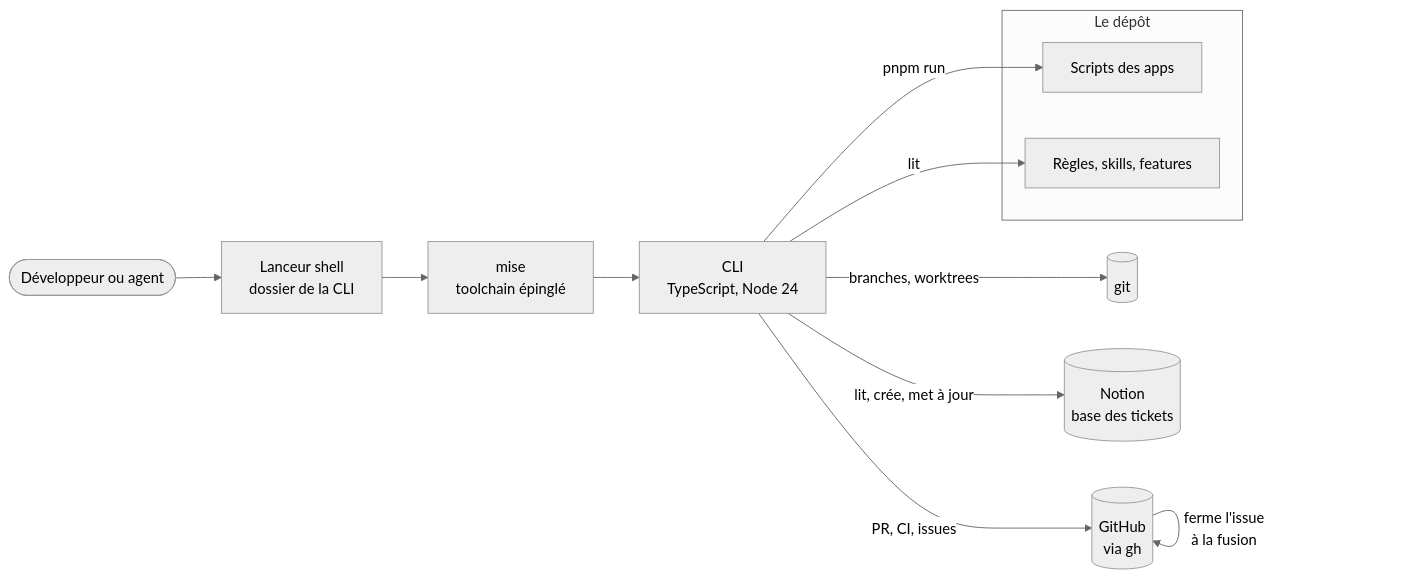
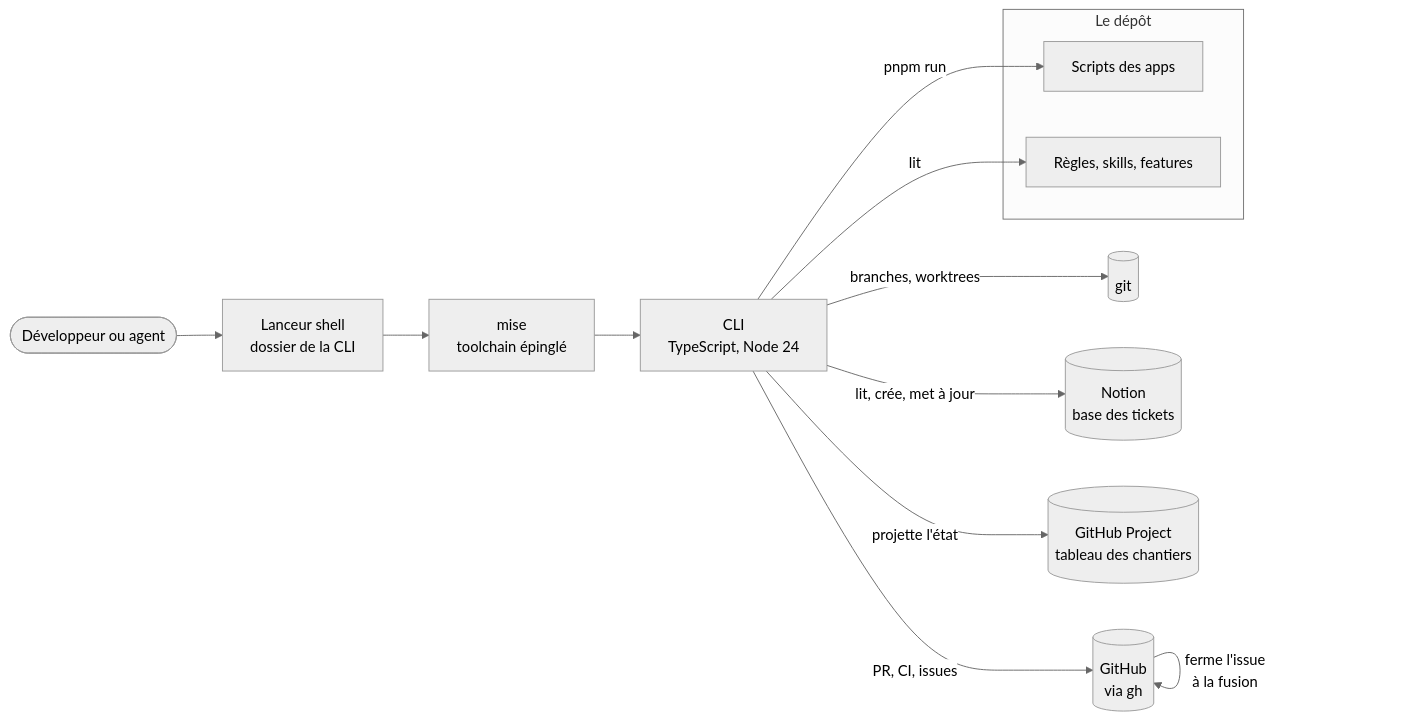
The diagram in docs/knowledge/adr/cli.md (betagouv/transport-sanitaire), drawn with Mermaid (neutral theme) before and after one commit. The commit also changed other lines of this file and 8 other files, not shown here.

First line of the commit message:
feat(cli): projette l'état des chantiers dans un GitHub Project

````diff
--- a/docs/knowledge/adr/cli.md
+++ b/docs/knowledge/adr/cli.md
@@ -171,24 +218,26 @@
 ```mermaid
 flowchart LR
     Dev(["Développeur ou agent"])
     Lanceur["Lanceur shell<br/>dossier de la CLI"]
     Mise["mise<br/>toolchain épinglé"]
     CLI["CLI<br/>TypeScript, Node 24"]
 
     subgraph depot["Le dépôt"]
         Scripts["Scripts des apps"]
         Docs["Règles, skills, features"]
     end
 
     Git[("git")]
     GitHub[("GitHub<br/>via gh")]
     Notion[("Notion<br/>base des tickets")]
+    Project[("GitHub Project<br/>tableau des chantiers")]
 
     Dev --> Lanceur --> Mise --> CLI
     CLI -->|"pnpm run"| Scripts
     CLI -->|"lit"| Docs
     CLI -->|"branches, worktrees"| Git
     CLI -->|"PR, CI, issues"| GitHub
     GitHub -->|"ferme l'issue<br/>à la fusion"| GitHub
     CLI -->|"lit, crée, met à jour"| Notion
+    CLI -->|"projette l'état"| Project
 ```
````
